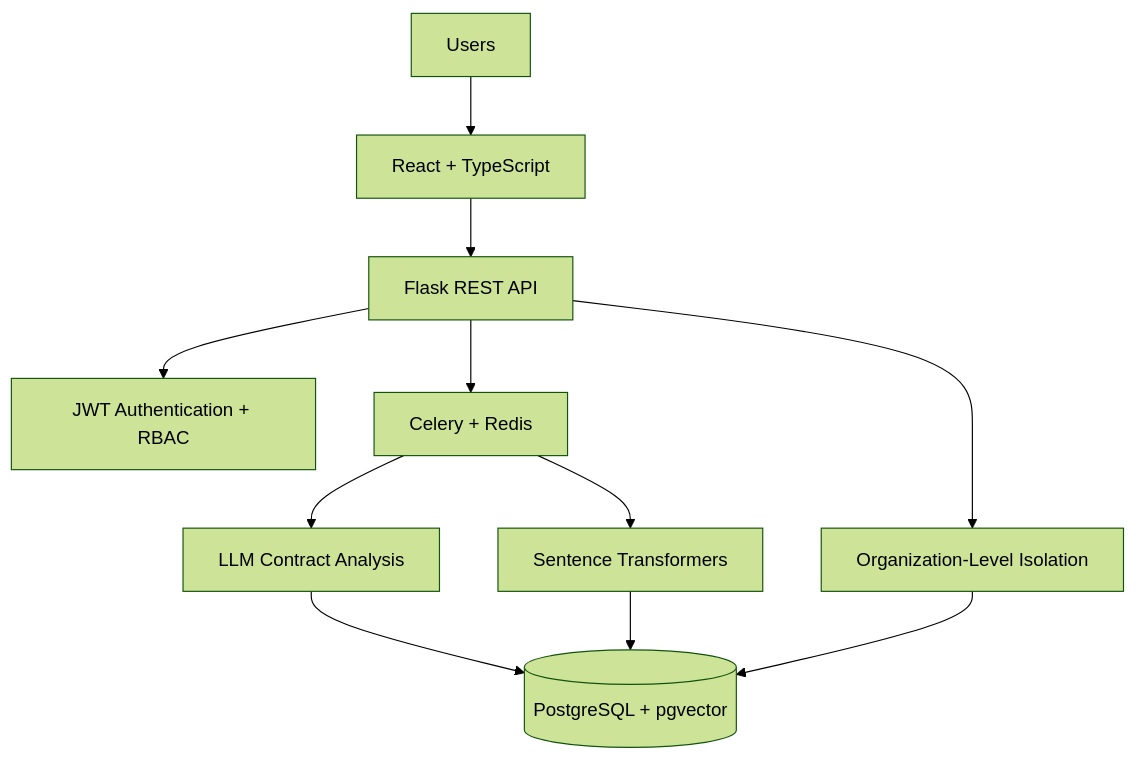
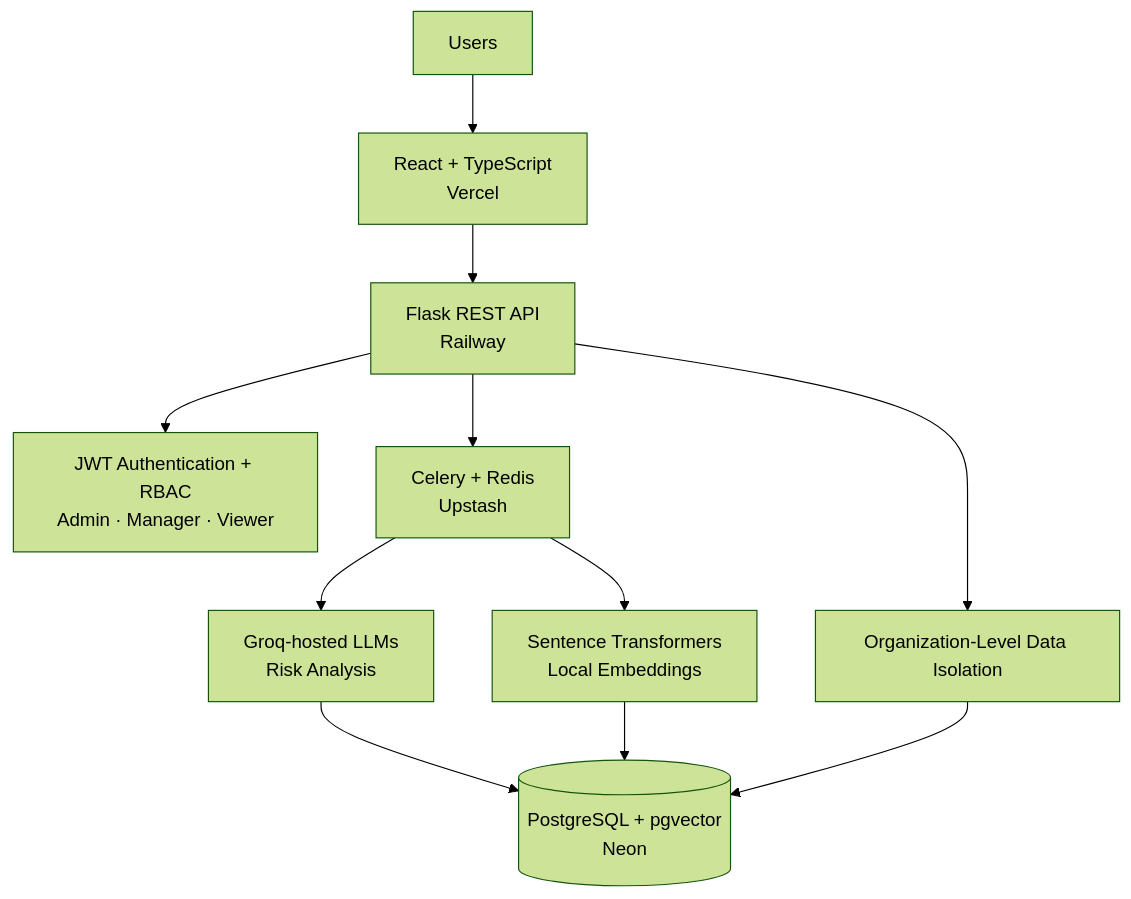
The third of 5 diagrams in README.md (Awab7-ux/Awab7-ux), drawn with Mermaid (forest theme) before and after one commit. The commit also changed other lines of this file, not shown here.

````diff
--- a/README.md
+++ b/README.md
@@ -145,13 +126,13 @@
 ```mermaid
 flowchart TD
-    U["Users"] --> FE["React + TypeScript"]
-    FE --> API["Flask REST API"]
-    API --> AUTH["JWT Authentication + RBAC"]
-    API --> TENANT["Organization-Level Isolation"]
-    API --> WORKER["Celery + Redis"]
-    WORKER --> AI["LLM Contract Analysis"]
-    WORKER --> EMB["Sentence Transformers"]
-    AI --> DB[("PostgreSQL + pgvector")]
+    U["Users"] --> FE["React + TypeScript<br/>Vercel"]
+    FE --> API["Flask REST API<br/>Railway"]
+    API --> AUTH["JWT Authentication + RBAC<br/>Admin · Manager · Viewer"]
+    API --> TENANT["Organization-Level Data Isolation"]
+    API --> WORKER["Celery + Redis<br/>Upstash"]
+    WORKER --> AI["Groq-hosted LLMs<br/>Risk Analysis"]
+    WORKER --> EMB["Sentence Transformers<br/>Local Embeddings"]
+    AI --> DB[("PostgreSQL + pgvector<br/>Neon")]
     EMB --> DB
     TENANT --> DB
 ```
````
